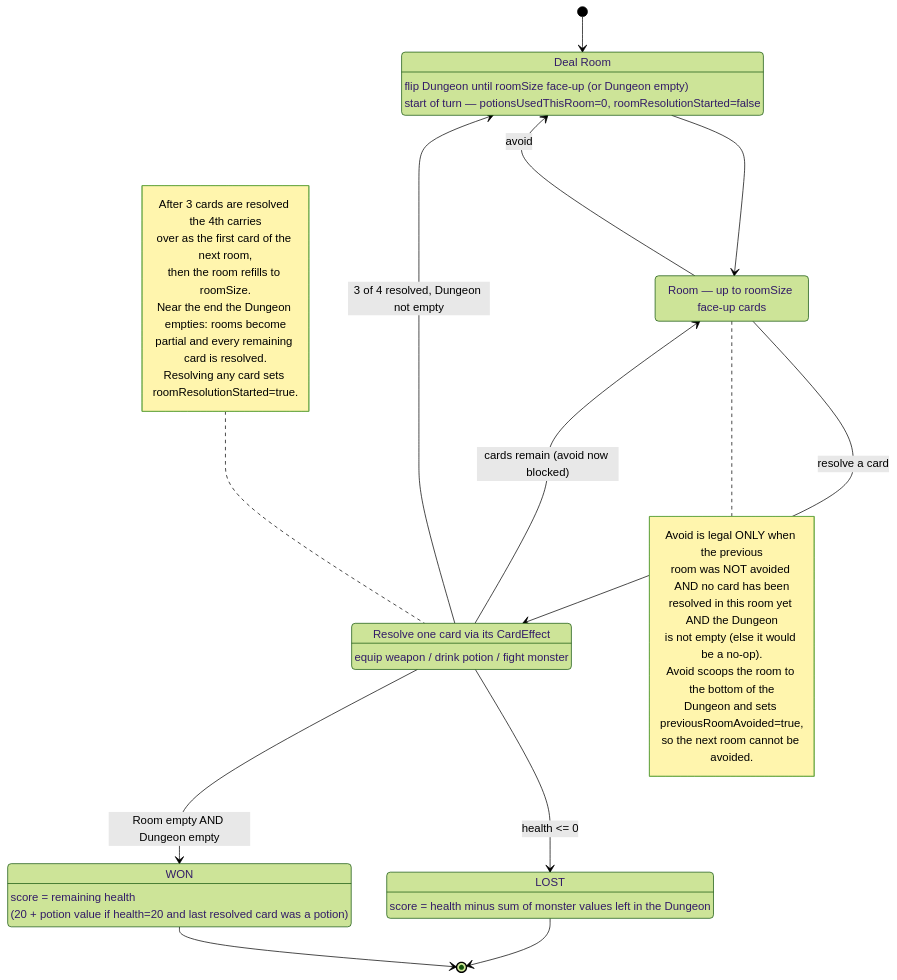
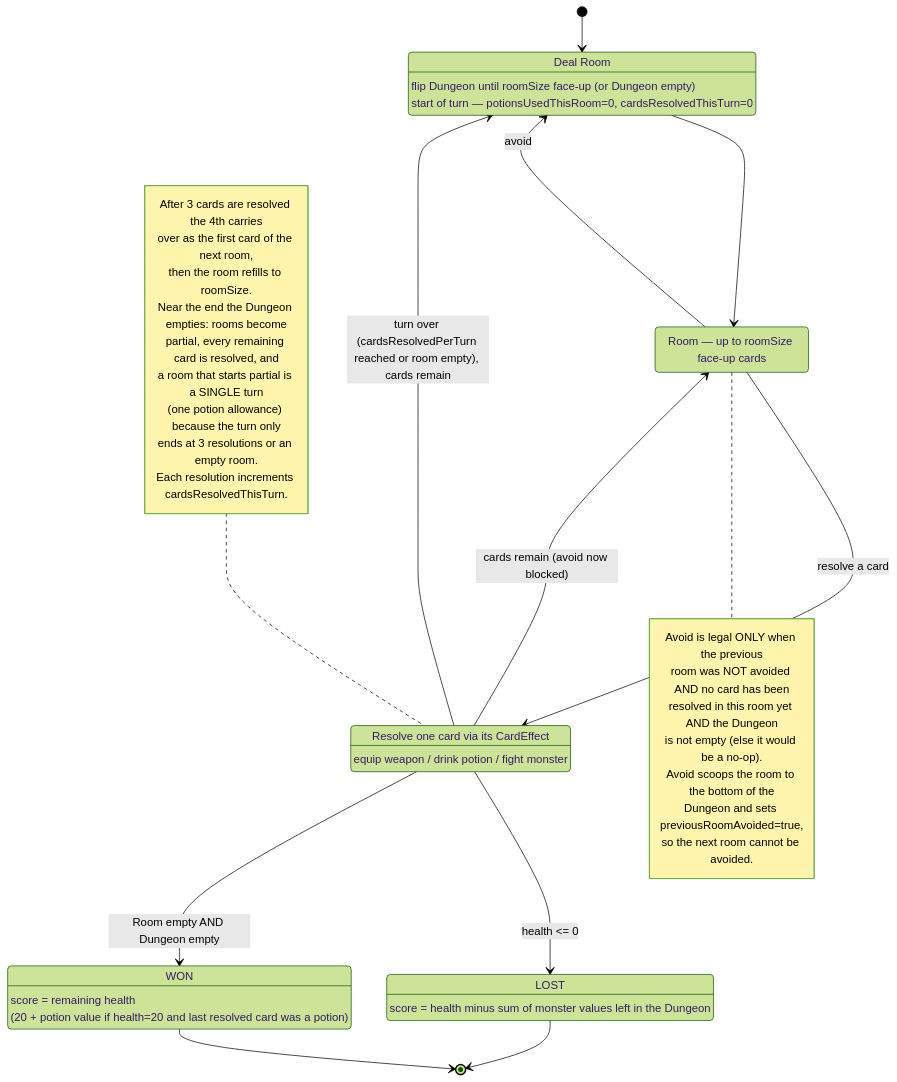
The second of 3 diagrams in docs/design.md (tomerba6/scroundel-game), drawn with Mermaid (forest theme) before and after one commit. The commit also changed other lines of this file and 6 other files, not shown here.

First line of the commit message:
core: end-game turn boundary is now resolved-count based (one turn per partial room)

````diff
--- a/docs/design.md
+++ b/docs/design.md
@@ -442,47 +445,50 @@
 ```mermaid
 stateDiagram-v2
     [*] --> DealRoom
 
     DealRoom : Deal Room
     DealRoom : flip Dungeon until roomSize face-up (or Dungeon empty)
-    DealRoom : start of turn — potionsUsedThisRoom=0, roomResolutionStarted=false
+    DealRoom : start of turn — potionsUsedThisRoom=0, cardsResolvedThisTurn=0
     DealRoom --> Room
 
     Room : Room — up to roomSize face-up cards
     Room --> DealRoom : avoid
     Room --> Resolve : resolve a card
 
     note right of Room
       Avoid is legal ONLY when the previous
       room was NOT avoided AND no card has been
       resolved in this room yet AND the Dungeon
       is not empty (else it would be a no-op).
       Avoid scoops the room to the bottom of the
       Dungeon and sets previousRoomAvoided=true,
       so the next room cannot be avoided.
     end note
 
     Resolve : Resolve one card via its CardEffect
     Resolve : equip weapon / drink potion / fight monster
     Resolve --> Lost : health <= 0
     Resolve --> Won : Room empty AND Dungeon empty
-    Resolve --> DealRoom : 3 of 4 resolved, Dungeon not empty
+    Resolve --> DealRoom : turn over (cardsResolvedPerTurn reached or room empty), cards remain
     Resolve --> Room : cards remain (avoid now blocked)
 
     note left of Resolve
       After 3 cards are resolved the 4th carries
       over as the first card of the next room,
       then the room refills to roomSize.
       Near the end the Dungeon empties: rooms become
-      partial and every remaining card is resolved.
-      Resolving any card sets roomResolutionStarted=true.
+      partial, every remaining card is resolved, and
+      a room that starts partial is a SINGLE turn
+      (one potion allowance) because the turn only
+      ends at 3 resolutions or an empty room.
+      Each resolution increments cardsResolvedThisTurn.
     end note
 
     Won : WON
     Won : score = remaining health
     Won : (20 + potion value if health=20 and last resolved card was a potion)
     Lost : LOST
     Lost : score = health minus sum of monster values left in the Dungeon
     Won --> [*]
     Lost --> [*]
 ```
````
